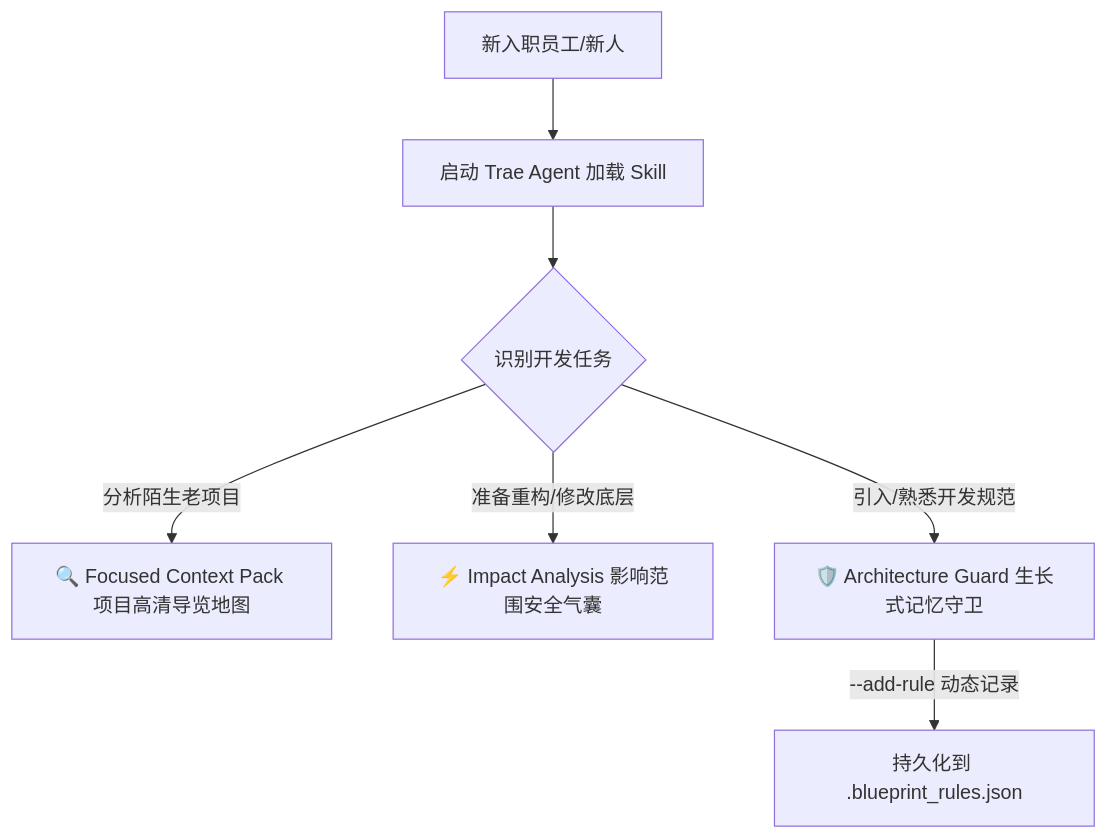
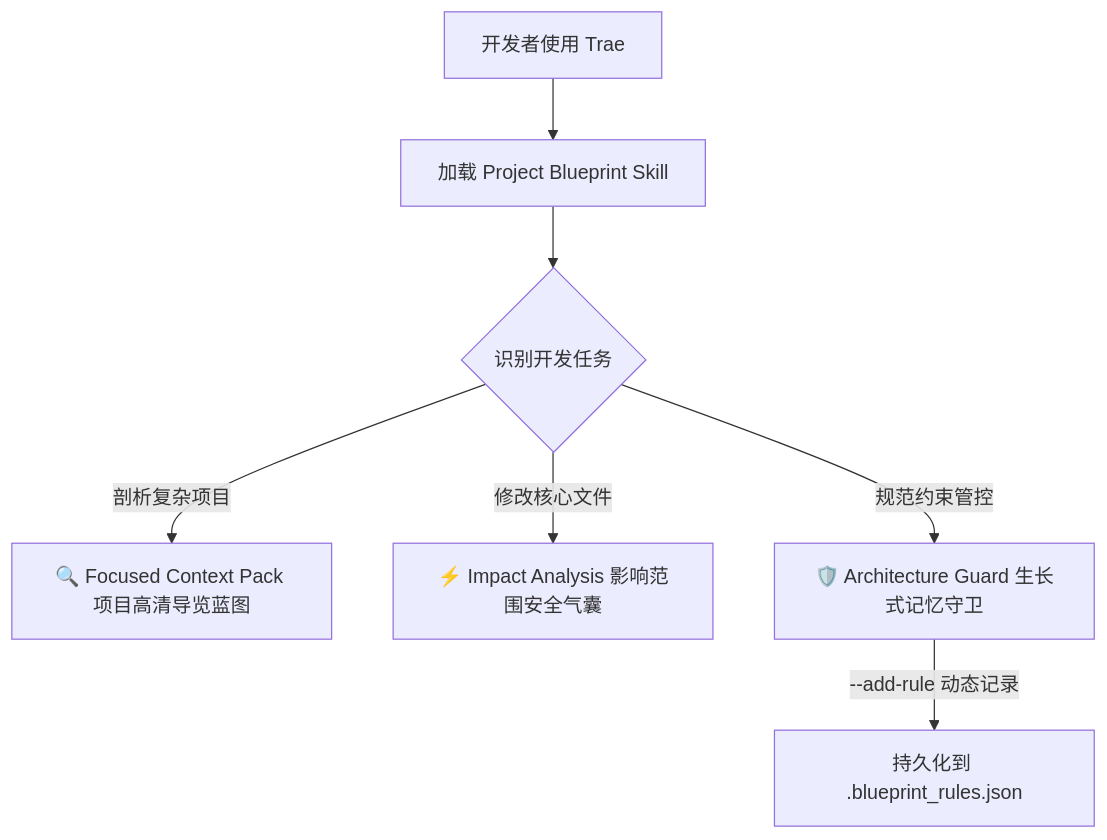
One commit to zzhqqa478850-lang/project-blueprint-agent changed the diagram in trae_contest_post_premium.md. Above: the diagram before and after it, drawn with Mermaid. The commit also changed other lines of this file, not shown here.

Commit message:
docs: universalize Trae Contest submission post to target all developers

````diff
--- a/trae_contest_post_premium.md
+++ b/trae_contest_post_premium.md
@@ -29,9 +31,9 @@
 ```mermaid
 graph TD
-    A[新入职员工/新人] --> B[启动 Trae Agent 加载 Skill]
+    A[开发者使用 Trae] --> B[加载 Project Blueprint Skill]
     B --> C{识别开发任务}
-    C -->|分析陌生老项目| D[🔍 Focused Context Pack 项目高清导览地图]
-    C -->|准备重构/修改底层| E[⚡ Impact Analysis 影响范围安全气囊]
-    C -->|引入/熟悉开发规范| F[🛡️ Architecture Guard 生长式记忆守卫]
+    C -->|剖析复杂项目| D[🔍 Focused Context Pack 项目高清导览蓝图]
+    C -->|修改核心文件| E[⚡ Impact Analysis 影响范围安全气囊]
+    C -->|规范约束管控| F[🛡️ Architecture Guard 生长式记忆守卫]
     F -->|--add-rule 动态记录| G[持久化到 .blueprint_rules.json]
 ```
````
